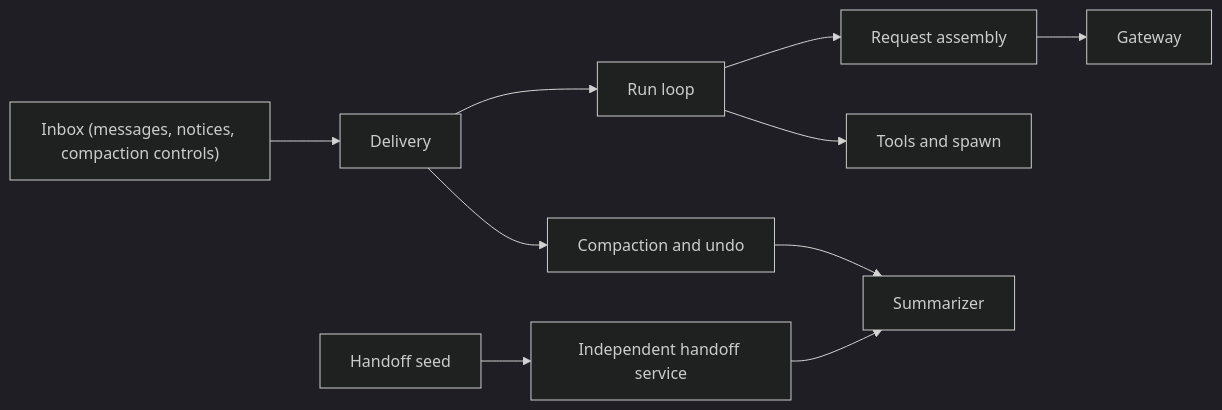
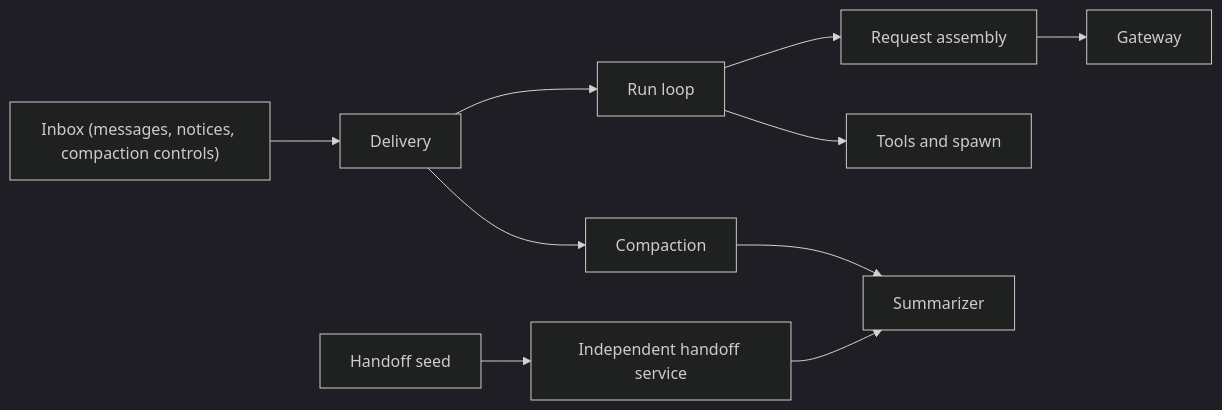
The diagram in apps/server/server/domains/runtime/.context/CONTEXT.md (haowjy/meridian-flow), drawn with Mermaid (dark theme) before and after one commit. The commit also changed other lines of this file and 57 other files, not shown here.

Commit message:
refactor(runtime): delete compaction Undo

````diff
--- a/apps/server/server/domains/runtime/.context/CONTEXT.md
+++ b/apps/server/server/domains/runtime/.context/CONTEXT.md
@@ -8,12 +8,12 @@
 ```mermaid
 flowchart LR
   Inbox["Inbox (messages, notices, compaction controls)"] --> Delivery["Delivery"]
   Delivery --> RunLoop["Run loop"]
   RunLoop --> Assembly["Request assembly"]
   Assembly --> Gateway["Gateway"]
   RunLoop --> Tools["Tools and spawn"]
-  Delivery --> Compaction["Compaction and undo"]
+  Delivery --> Compaction["Compaction"]
   Handoff["Handoff seed"] --> HandoffService["Independent handoff service"]
   HandoffService --> Summarizer["Summarizer"]
   Compaction --> Summarizer
 ```
````
